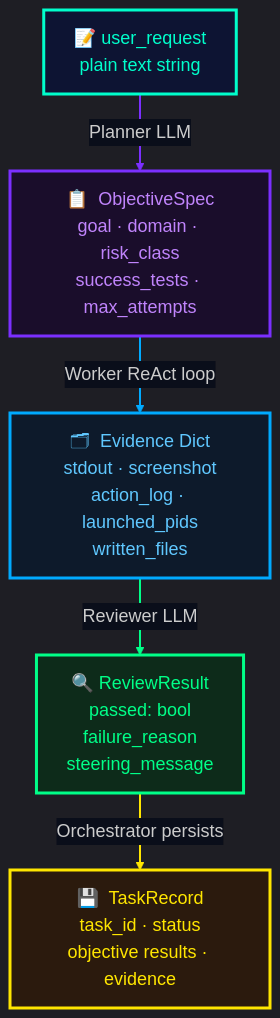
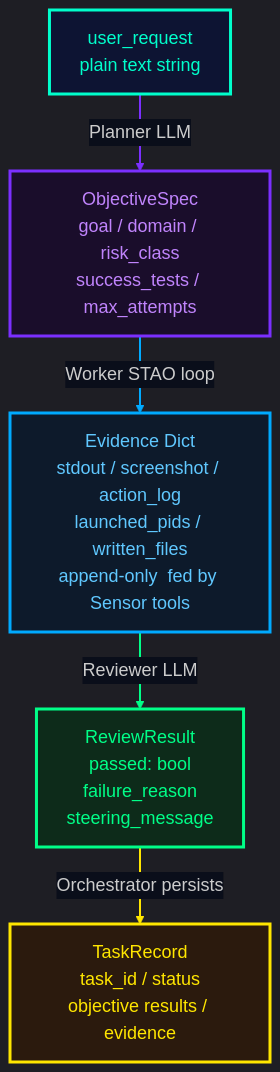
One commit to DurdeuVlad/trinity-pilot changed the diagram in docs/diagrams/04-data-flow.mmd. Above: the diagram before and after it, drawn with Mermaid. The commit also changed 37 other files, not shown here.

```diff
--- a/docs/diagrams/04-data-flow.mmd
+++ b/docs/diagrams/04-data-flow.mmd
@@ -1,27 +1,28 @@
 %%{init: {'theme': 'dark', 'themeVariables': {'background': '#0a0e1a', 'primaryColor': '#0d1433', 'primaryBorderColor': '#00ffcc', 'primaryTextColor': '#e2e8f0', 'lineColor': '#00ffcc', 'edgeLabelBackground': '#0a0e1a', 'fontSize': '18px'}}}%%
 flowchart TD
-    classDef input  fill:#0d1433,stroke:#00ffcc,stroke-width:3px,color:#00ffcc
-    classDef spec   fill:#1a0d2b,stroke:#7b2fff,stroke-width:3px,color:#c084fc
-    classDef evid   fill:#0d1a2b,stroke:#00aaff,stroke-width:3px,color:#60c8ff
-    classDef review fill:#0d2b1a,stroke:#00ff88,stroke-width:3px,color:#00ff88
-    classDef db     fill:#2b1a0d,stroke:#ffe600,stroke-width:3px,color:#ffe600
+ accTitle: Data Schemas  From User Request to Persisted Record
+ classDef input  fill:#0d1433,stroke:#00ffcc,stroke-width:3px,color:#00ffcc
+ classDef spec fill:#1a0d2b,stroke:#7b2fff,stroke-width:3px,color:#c084fc
+ classDef evid fill:#0d1a2b,stroke:#00aaff,stroke-width:3px,color:#60c8ff
+ classDef review fill:#0d2b1a,stroke:#00ff88,stroke-width:3px,color:#00ff88
+ classDef db fill:#2b1a0d,stroke:#ffe600,stroke-width:3px,color:#ffe600
 
-    A["📝  user_request\nplain text string"]:::input
+ A["user_request<br/>plain text string"]:::input
 
-    B["📋  ObjectiveSpec\ngoal · domain · risk_class\nsuccess_tests · max_attempts"]:::spec
+ B["ObjectiveSpec<br/>goal / domain / risk_class<br/>success_tests / max_attempts"]:::spec
 
-    C["🗂  Evidence Dict\nstdout · screenshot\naction_log · launched_pids\nwritten_files"]:::evid
+ C["Evidence Dict<br/>stdout / screenshot / action_log<br/>launched_pids / written_files<br/>append-only  fed by Sensor tools"]:::evid
 
-    D["🔍  ReviewResult\npassed: bool\nfailure_reason\nsteering_message"]:::review
+ D["ReviewResult<br/>passed: bool<br/>failure_reason<br/>steering_message"]:::review
 
-    E["💾  TaskRecord\ntask_id · status\nobjective results · evidence"]:::db
+ E["TaskRecord<br/>task_id / status<br/>objective results / evidence"]:::db
 
-    A -->|Planner LLM| B
-    B -->|Worker ReAct loop| C
-    C -->|Reviewer LLM| D
-    D -->|Orchestrator persists| E
+ A -->|Planner LLM| B
+ B -->|Worker STAO loop| C
+ C -->|Reviewer LLM| D
+ D -->|Orchestrator persists| E
 
-    linkStyle 0 stroke:#7b2fff,stroke-width:2px
-    linkStyle 1 stroke:#00aaff,stroke-width:2px
-    linkStyle 2 stroke:#00ff88,stroke-width:2px
-    linkStyle 3 stroke:#ffe600,stroke-width:2px
+ linkStyle 0 stroke:#7b2fff,stroke-width:2px
+ linkStyle 1 stroke:#00aaff,stroke-width:2px
+ linkStyle 2 stroke:#00ff88,stroke-width:2px
+ linkStyle 3 stroke:#ffe600,stroke-width:2px
```
